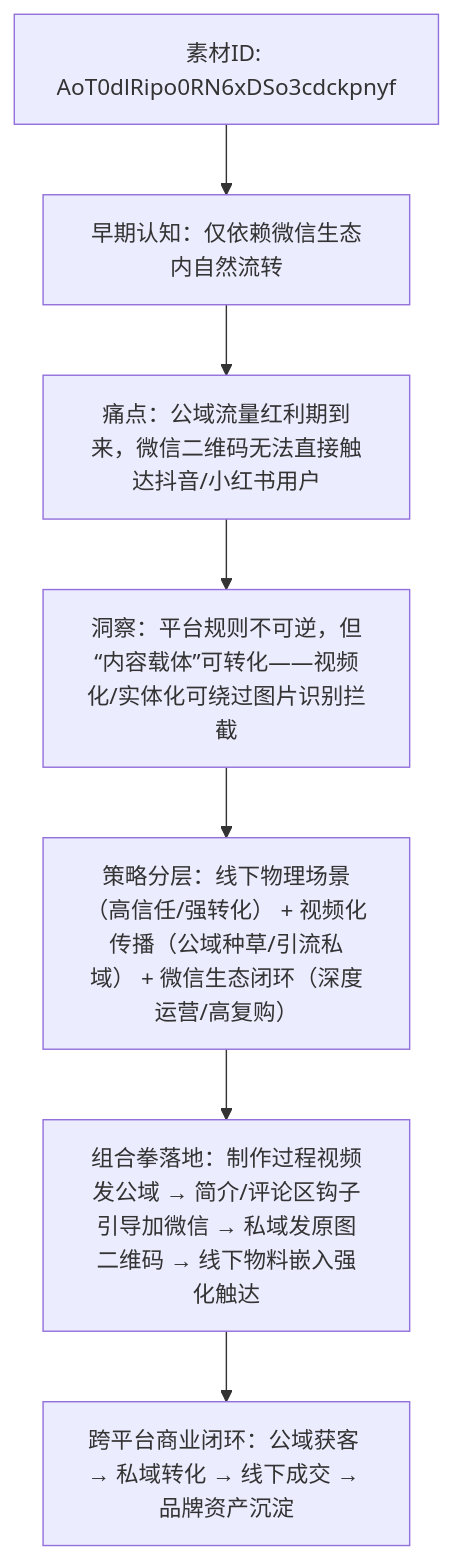
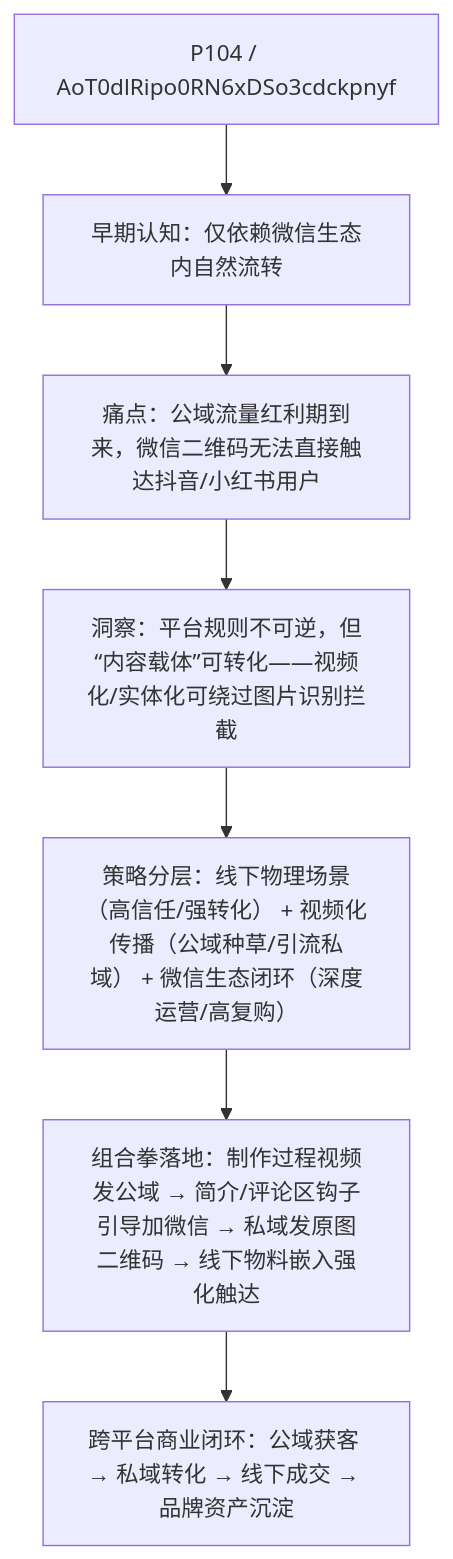
The sixth of 8 diagrams in docs/202303_paper2textbook/chapter_059.md (OpenDocCN1/flygon-zhuanqian-zhoubao), drawn with Mermaid before and after one commit. The commit also changed other lines of this file and 2 other files, not shown here.

````diff
--- a/docs/202303_paper2textbook/chapter_059.md
+++ b/docs/202303_paper2textbook/chapter_059.md
@@ -248,9 +286,9 @@
 ```mermaid
 graph TD
-    P104[素材ID: AoT0dlRipo0RN6xDSo3cdckpnyf] --> Start[早期认知：仅依赖微信生态内自然流转]
+    P104[P104 / AoT0dlRipo0RN6xDSo3cdckpnyf] --> Start[早期认知：仅依赖微信生态内自然流转]
     Start --> P1[痛点：公域流量红利期到来，微信二维码无法直接触达抖音/小红书用户]
     P1 --> P2[洞察：平台规则不可逆，但“内容载体”可转化——视频化/实体化可绕过图片识别拦截]
     P2 --> P3[策略分层：线下物理场景（高信任/强转化） + 视频化传播（公域种草/引流私域） + 微信生态闭环（深度运营/高复购）]
     P3 --> P4[组合拳落地：制作过程视频发公域 → 简介/评论区钩子引导加微信 → 私域发原图二维码 → 线下物料嵌入强化触达]
     P4 --> End[跨平台商业闭环：公域获客 → 私域转化 → 线下成交 → 品牌资产沉淀]
 ```
````
